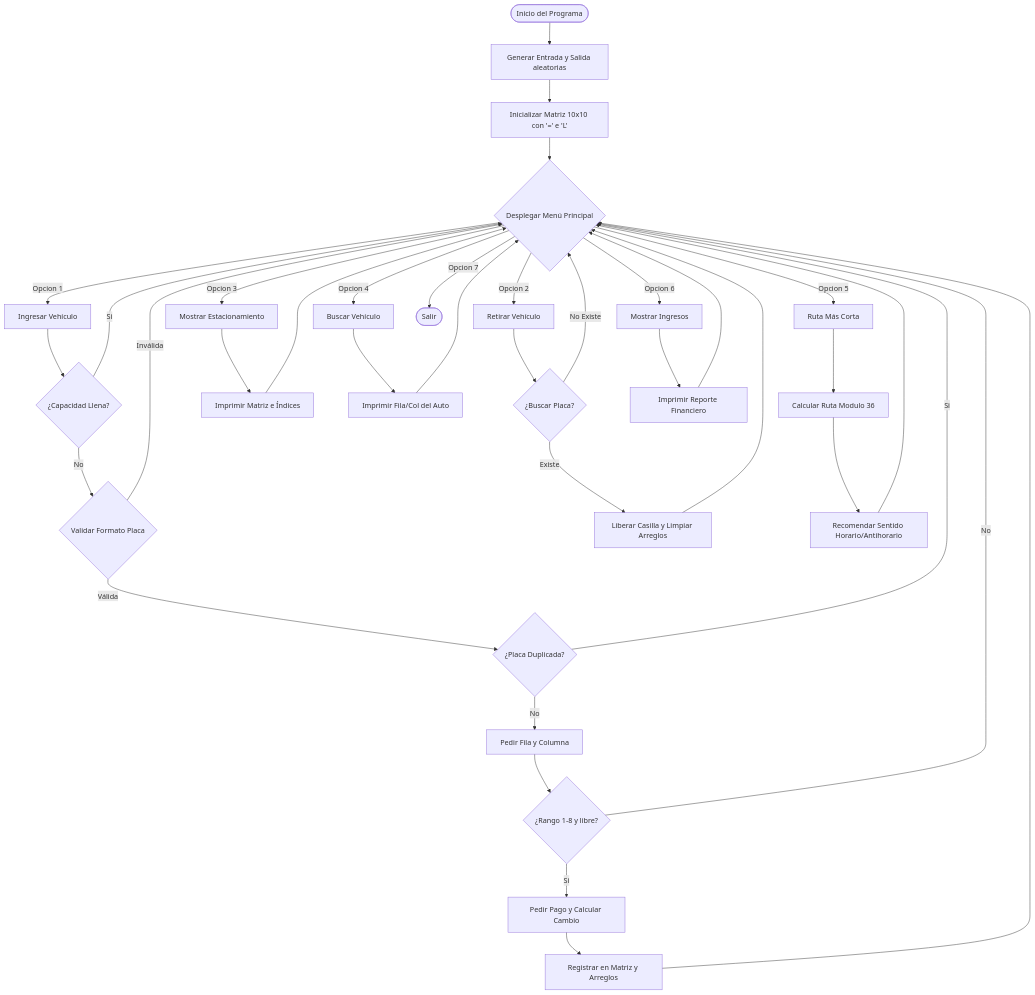
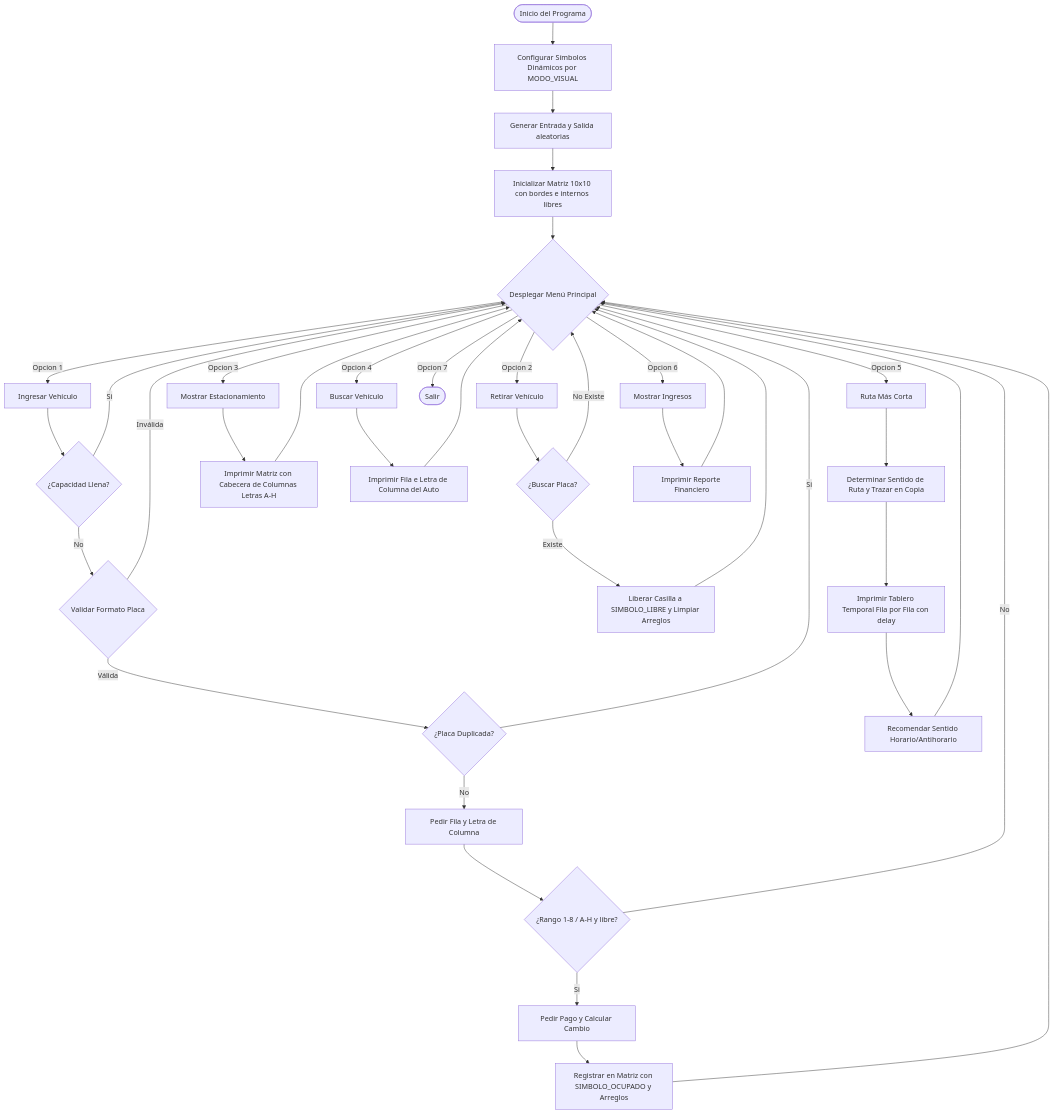
One commit to MyAstron/IPC1 changed the diagram in Practica1/Manual_Tecnico.md. Above: the diagram before and after it, drawn with Mermaid. The commit also changed other lines of this file and 2 other files, not shown here.

Commit message:
Update technical and user manuals to reflect UI/UX enhancements and dynamic visual themes

````diff
--- a/Practica1/Manual_Tecnico.md
+++ b/Practica1/Manual_Tecnico.md
@@ -97,45 +121,47 @@
 ```mermaid
 flowchart TD
-    Start([Inicio del Programa]) --> InitLayout[Generar Entrada y Salida aleatorias]
-    InitLayout --> InitBoard[Inicializar Matriz 10x10 con '=' e 'L']
+    Start([Inicio del Programa]) --> SetTheme[Configurar Símbolos Dinámicos por MODO_VISUAL]
+    SetTheme --> InitLayout[Generar Entrada y Salida aleatorias]
+    InitLayout --> InitBoard[Inicializar Matriz 10x10 con bordes e internos libres]
     InitBoard --> MainMenu{Desplegar Menú Principal}
     
     MainMenu -- Opcion 1 --> Option1[Ingresar Vehículo]
     Option1 --> CheckCap{¿Capacidad Llena?}
     CheckCap -- Si --> MainMenu
     CheckCap -- No --> ValidatePlaca{Validar Formato Placa}
     ValidatePlaca -- Inválida --> MainMenu
     ValidatePlaca -- Válida --> CheckDup{¿Placa Duplicada?}
     CheckDup -- Si --> MainMenu
-    CheckDup -- No --> GetCoords[Pedir Fila y Columna]
-    GetCoords --> CheckCoords{¿Rango 1-8 y libre?}
+    CheckDup -- No --> GetCoords[Pedir Fila y Letra de Columna]
+    GetCoords --> CheckCoords{¿Rango 1-8 / A-H y libre?}
     CheckCoords -- No --> MainMenu
     CheckCoords -- Si --> ProcessPayment[Pedir Pago y Calcular Cambio]
-    ProcessPayment --> SaveVehicle[Registrar en Matriz y Arreglos]
+    ProcessPayment --> SaveVehicle[Registrar en Matriz con SIMBOLO_OCUPADO y Arreglos]
     SaveVehicle --> MainMenu
 
     MainMenu -- Opcion 2 --> Option2[Retirar Vehículo]
     Option2 --> FindVehicle{¿Buscar Placa?}
     FindVehicle -- No Existe --> MainMenu
-    FindVehicle -- Existe --> FreeSpace[Liberar Casilla y Limpiar Arreglos]
+    FindVehicle -- Existe --> FreeSpace[Liberar Casilla a SIMBOLO_LIBRE y Limpiar Arreglos]
     FreeSpace --> MainMenu
 
     MainMenu -- Opcion 3 --> Option3[Mostrar Estacionamiento]
-    Option3 --> PrintBoard[Imprimir Matriz e Índices]
+    Option3 --> PrintBoard[Imprimir Matriz con Cabecera de Columnas Letras A-H]
     PrintBoard --> MainMenu
 
     MainMenu -- Opcion 4 --> Option4[Buscar Vehículo]
-    Option4 --> PrintCoords[Imprimir Fila/Col del Auto]
+    Option4 --> PrintCoords[Imprimir Fila e Letra de Columna del Auto]
     PrintCoords --> MainMenu
 
     MainMenu -- Opcion 5 --> Option5[Ruta Más Corta]
-    Option5 --> CalcPath[Calcular Ruta Modulo 36]
-    CalcPath --> Recommend[Recomendar Sentido Horario/Antihorario]
+    Option5 --> CalcPath[Determinar Sentido de Ruta y Trazar en Copia]
+    CalcPath --> PrintAnimated[Imprimir Tablero Temporal Fila por Fila con delay]
+    PrintAnimated --> Recommend[Recomendar Sentido Horario/Antihorario]
     Recommend --> MainMenu
 
     MainMenu -- Opcion 6 --> Option6[Mostrar Ingresos]
     Option6 --> PrintStats[Imprimir Reporte Financiero]
     PrintStats --> MainMenu
 
     MainMenu -- Opcion 7 --> Exit([Salir])
 ```
````
